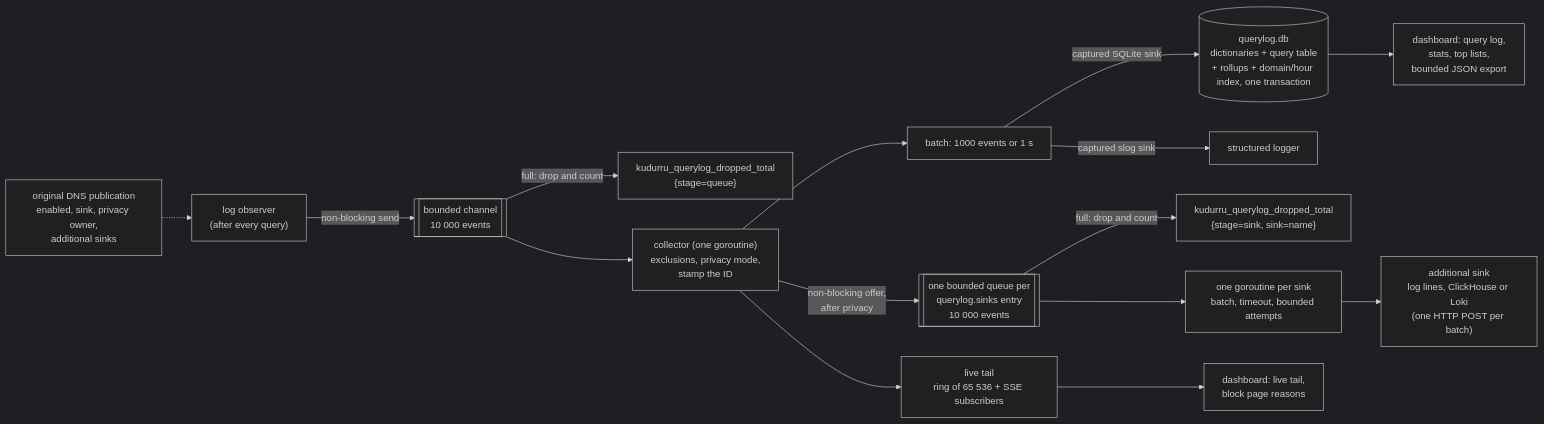
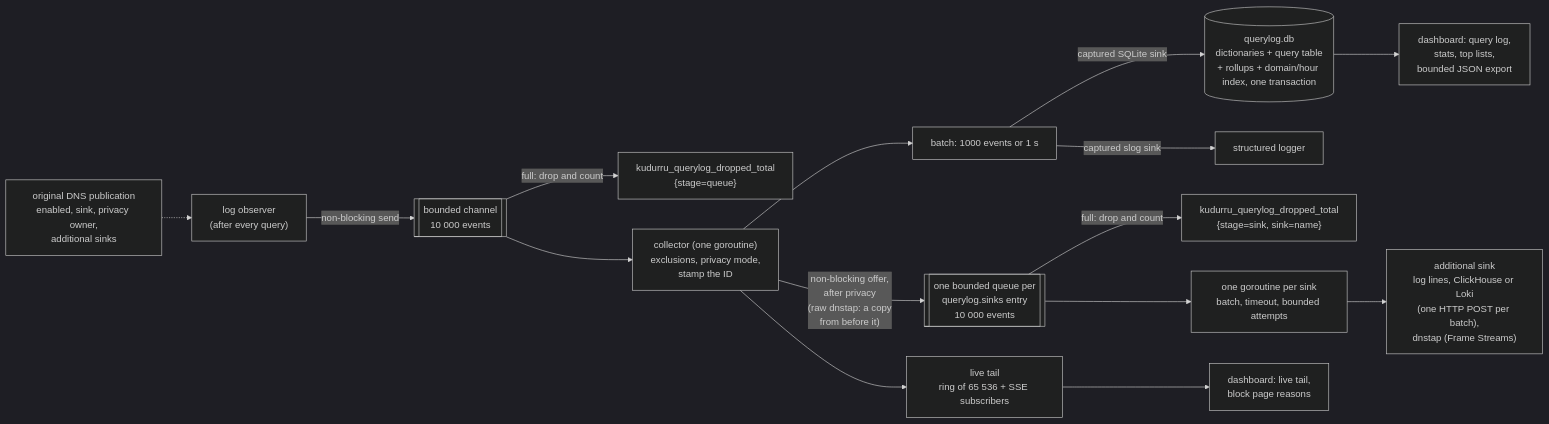
The first of 6 diagrams in docs/architecture/observability.md (robertherbaugh/kudurru), drawn with Mermaid (dark theme) before and after one commit. The commit also changed other lines of this file and 1 other file, not shown here.

First line of the commit message:
docs(querylog): describe the dnstap sink and the raw override

````diff
--- a/docs/architecture/observability.md
+++ b/docs/architecture/observability.md
@@ -93,17 +93,17 @@
 ```mermaid
 flowchart LR
     OBS["log observer<br/>(after every query)"] -->|"non-blocking send"| CH[["bounded channel<br/>10 000 events"]]
     CH -->|"full: drop and count"| DROP["kudurru_querylog_dropped_total<br/>{stage=queue}"]
     CH --> COL["collector (one goroutine)<br/>exclusions, privacy mode,<br/>stamp the ID"]
     COL --> TAIL["live tail<br/>ring of 65 536 + SSE subscribers"]
     COL --> BATCH["batch: 1000 events or 1 s"]
     PUB["original DNS publication<br/>enabled, sink, privacy owner,<br/>additional sinks"] -.-> OBS
     BATCH -->|"captured SQLite sink"| DB[("querylog.db<br/>dictionaries + query table<br/>+ rollups + domain/hour index, one transaction")]
     BATCH -->|"captured slog sink"| SLOG["structured logger"]
-    COL -->|"non-blocking offer,<br/>after privacy"| SQ[["one bounded queue per<br/>querylog.sinks entry<br/>10 000 events"]]
+    COL -->|"non-blocking offer,<br/>after privacy<br/>(raw dnstap: a copy<br/>from before it)"| SQ[["one bounded queue per<br/>querylog.sinks entry<br/>10 000 events"]]
     SQ -->|"full: drop and count"| SDROP["kudurru_querylog_dropped_total<br/>{stage=sink, sink=name}"]
     SQ --> SW["one goroutine per sink<br/>batch, timeout, bounded attempts"]
-    SW --> EXT["additional sink<br/>log lines, ClickHouse or Loki<br/>(one HTTP POST per batch)"]
+    SW --> EXT["additional sink<br/>log lines, ClickHouse or Loki<br/>(one HTTP POST per batch),<br/>dnstap (Frame Streams)"]
     TAIL --> API["dashboard: live tail,<br/>block page reasons"]
     DB --> API2["dashboard: query log,<br/>stats, top lists,<br/>bounded JSON export"]
 ```
````
